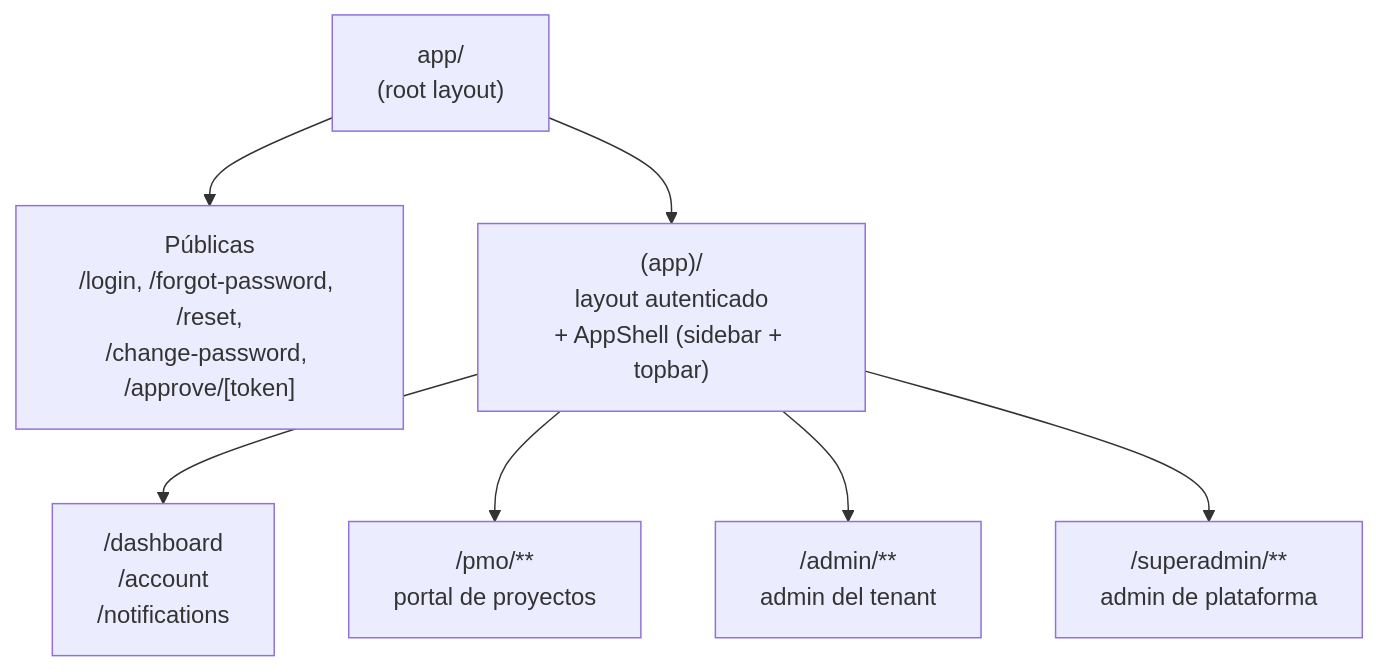
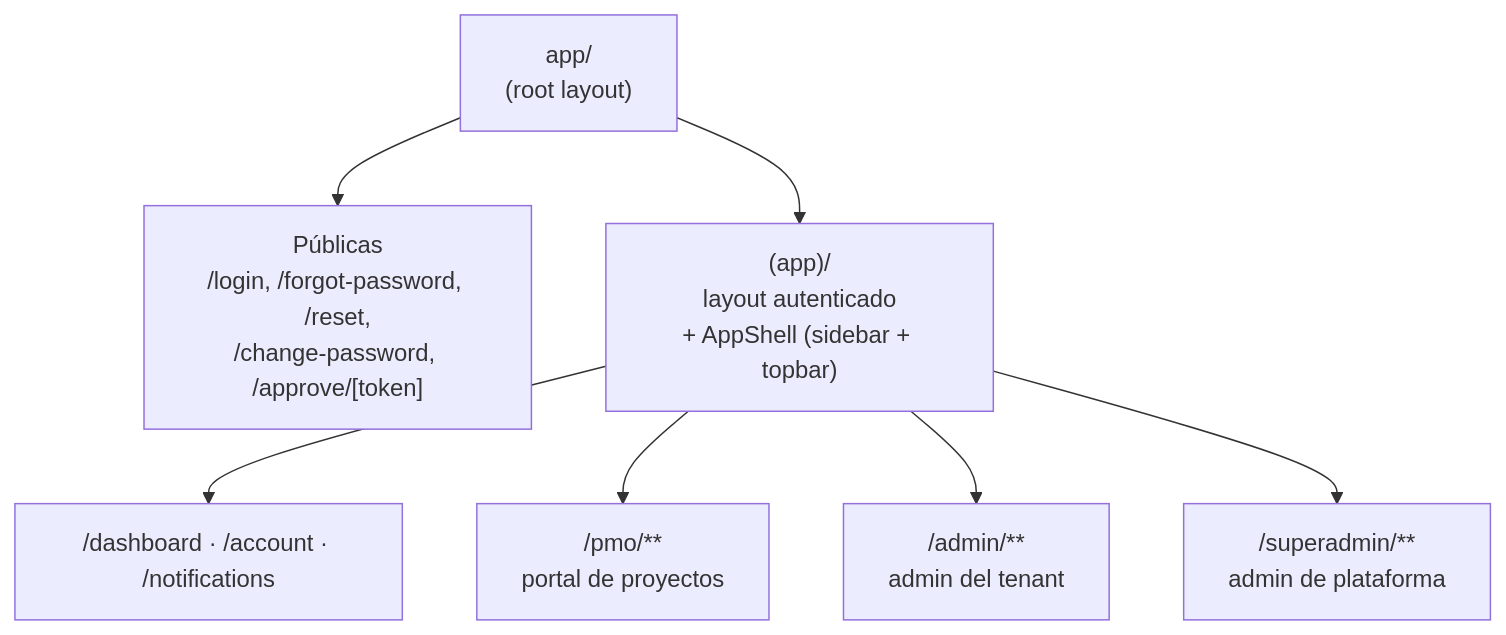
One commit to xguilxr/pmo_aas changed the sixth of 6 diagrams in docs/architecture/README.md. Above: the diagram before and after it, drawn with Mermaid. The commit also changed other lines of this file and 6 other files, not shown here.

First line of the commit message:
docs(arch): reescribe architecture/ contra código real

````diff
--- a/docs/architecture/README.md
+++ b/docs/architecture/README.md
@@ -152,18 +223,18 @@
 ```mermaid
 flowchart TB
     ROOT["app/<br/>(root layout)"]
     PUB["Públicas<br/>/login, /forgot-password, /reset,<br/>/change-password, /approve/[token]"]
     APP["(app)/<br/>layout autenticado<br/>+ AppShell (sidebar + topbar)"]
 
-    DASH["/dashboard<br/>/account<br/>/notifications"]
+    DASH["/dashboard · /account · /notifications"]
     PMO["/pmo/**<br/>portal de proyectos"]
     ADMIN["/admin/**<br/>admin del tenant"]
     SUPER["/superadmin/**<br/>admin de plataforma"]
 
     ROOT --> PUB
     ROOT --> APP
     APP --> DASH
     APP --> PMO
     APP --> ADMIN
     APP --> SUPER
 ```
````
